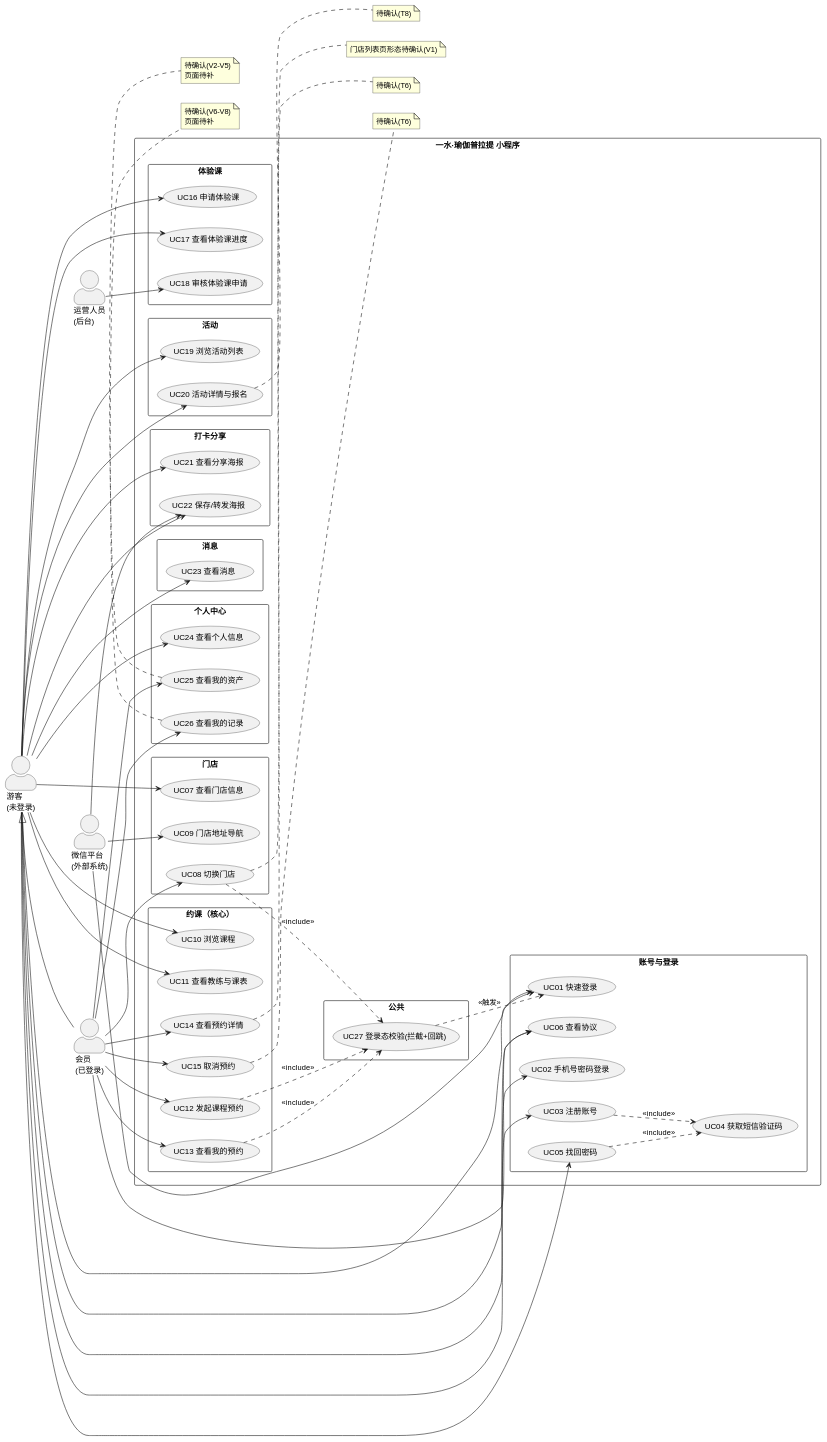
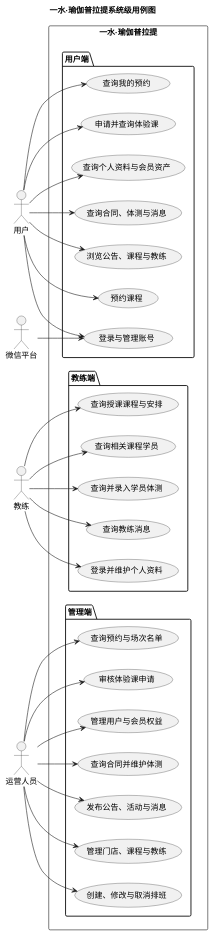
Before and after one commit to duo2530/techplant-yoga: the second of 7 diagrams in docs/需求分析/需求分析.md, drawn with PlantUML. The commit also changed other lines of this file, not shown here.

````diff
--- a/docs/需求分析/需求分析.md
+++ b/docs/需求分析/需求分析.md
@@ -119,120 +266,65 @@
 ```plantuml
-@startuml 一水瑜伽小程序-用例图
+@startuml
 left to right direction
-skinparam packageStyle rectangle
-skinparam actorStyle awesome
+title 一水·瑜伽普拉提系统级用例图
 
-actor "游客\n(未登录)" as Guest
-actor "会员\n(已登录)" as Member
-actor "运营人员\n(后台)" as Ops
-actor "微信平台\n(外部系统)" as WX
+actor "用户" as User
+actor "教练" as Coach
+actor "运营人员" as Ops
+actor "微信平台" as WX
 
-Guest <|-- Member
-
-rectangle "一水·瑜伽普拉提 小程序" {
-
-  package "账号与登录" {
-    usecase "UC01 快速登录" as UC01
-    usecase "UC02 手机号密码登录" as UC02
-    usecase "UC03 注册账号" as UC03
-    usecase "UC04 获取短信验证码" as UC04
-    usecase "UC05 找回密码" as UC05
-    usecase "UC06 查看协议" as UC06
+rectangle "一水·瑜伽普拉提" {
+  package "用户端" {
+    usecase "登录与管理账号" as U_Login
+    usecase "浏览公告、课程与教练" as U_Browse
+    usecase "预约课程" as U_Book
+    usecase "查询我的预约" as U_MyBook
+    usecase "申请并查询体验课" as U_Trial
+    usecase "查询个人资料与会员资产" as U_Assets
+    usecase "查询合同、体测与消息" as U_Record
   }
 
-  package "门店" {
-    usecase "UC07 查看门店信息" as UC07
-    usecase "UC08 切换门店" as UC08
-    usecase "UC09 门店地址导航" as UC09
+  package "教练端" {
+    usecase "登录并维护个人资料" as C_Profile
+    usecase "查询授课课程与安排" as C_Schedule
+    usecase "查询相关课程学员" as C_Students
+    usecase "查询并录入学员体测" as C_Test
+    usecase "查询教练消息" as C_Message
   }
 
-  package "约课（核心）" {
-    usecase "UC10 浏览课程" as UC10
-    usecase "UC11 查看教练与课表" as UC11
-    usecase "UC12 发起课程预约" as UC12
-    usecase "UC13 查看我的预约" as UC13
-    usecase "UC14 查看预约详情" as UC14
-    usecase "UC15 取消预约" as UC15
-  }
-
-  package "体验课" {
-    usecase "UC16 申请体验课" as UC16
-    usecase "UC17 查看体验课进度" as UC17
-    usecase "UC18 审核体验课申请" as UC18
-  }
-
-  package "活动" {
-    usecase "UC19 浏览活动列表" as UC19
-    usecase "UC20 活动详情与报名" as UC20
-  }
-
-  package "打卡分享" {
-    usecase "UC21 查看分享海报" as UC21
-    usecase "UC22 保存/转发海报" as UC22
-  }
-
-  package "消息" {
-    usecase "UC23 查看消息" as UC23
-  }
-
-  package "个人中心" {
-    usecase "UC24 查看个人信息" as UC24
-    usecase "UC25 查看我的资产" as UC25
-    usecase "UC26 查看我的记录" as UC26
-  }
-
-  package "公共" {
-    usecase "UC27 登录态校验(拦截+回跳)" as UC27
+  package "管理端" {
+    usecase "管理门店、课程与教练" as O_Base
+    usecase "创建、修改与取消排班" as O_Schedule
+    usecase "查询预约与场次名单" as O_Booking
+    usecase "审核体验课申请" as O_Trial
+    usecase "管理用户与会员权益" as O_Member
+    usecase "查询合同并维护体测" as O_Record
+    usecase "发布公告、活动与消息" as O_Content
   }
 }
 
-' ---- 游客 ----
-Guest --> UC01
-Guest --> UC02
-Guest --> UC03
-Guest --> UC05
-Guest --> UC06
-Guest --> UC07
-Guest --> UC10
-Guest --> UC11
-Guest --> UC16
-Guest --> UC17
-Guest --> UC19
-Guest --> UC20
-Guest --> UC21
-Guest --> UC22
-Guest --> UC23
-Guest --> UC24
-' ---- 会员（在游客能力之上）----
-Member --> UC08
-Member --> UC12
-Member --> UC13
-Member --> UC14
-Member --> UC15
-Member --> UC25
-Member --> UC26
-Member --> UC06
+User --> U_Login
+User --> U_Browse
+User --> U_Book
+User --> U_MyBook
+User --> U_Trial
+User --> U_Assets
+User --> U_Record
 
-' ---- 后台 / 外部系统 ----
-Ops --> UC18
-WX --> UC01
-WX --> UC09
-WX --> UC22
+Coach --> C_Profile
+Coach --> C_Schedule
+Coach --> C_Students
+Coach --> C_Test
+Coach --> C_Message
 
-' ---- include 关系 ----
-UC03 ..> UC04 : <<include>>
-UC05 ..> UC04 : <<include>>
-UC08 ..> UC27 : <<include>>
-UC12 ..> UC27 : <<include>>
-UC13 ..> UC27 : <<include>>
-UC27 ..> UC01 : <<触发>>
+Ops --> O_Base
+Ops --> O_Schedule
+Ops --> O_Booking
+Ops --> O_Trial
+Ops --> O_Member
+Ops --> O_Record
+Ops --> O_Content
 
-' ---- 待确认标记 ----
-note right of UC08 : 门店列表页形态待确认(V1)
-note right of UC14 : 待确认(T6)
-note right of UC15 : 待确认(T6)
-note right of UC20 : 待确认(T8)
-note bottom of UC25 : 待确认(V2-V5)\n页面待补
-note bottom of UC26 : 待确认(V6-V8)\n页面待补
+WX --> U_Login
 @enduml
 ```
````
